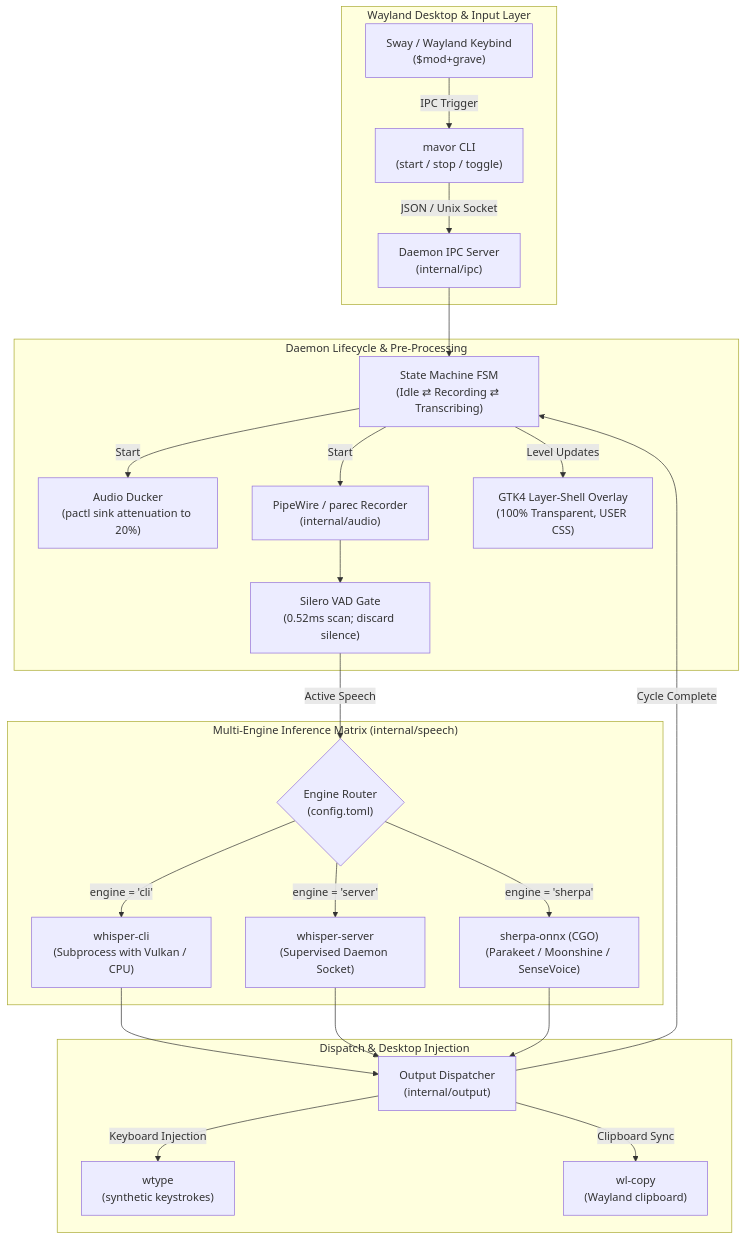
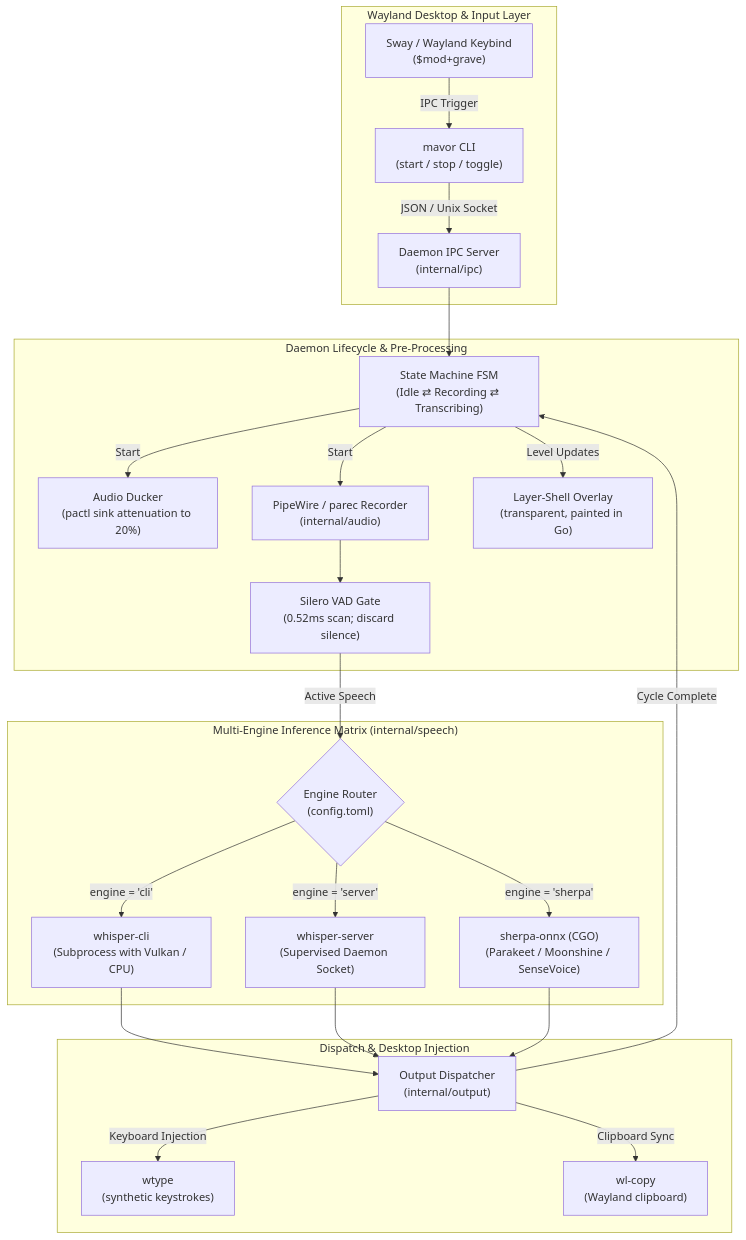
Before and after one commit to mschulkind-oss/mavor: the diagram in docs/design/local-engine-benchmarks-and-architecture.md, drawn with Mermaid. The commit also changed other lines of this file and 34 other files, not shown here.

````diff
--- a/docs/design/local-engine-benchmarks-and-architecture.md
+++ b/docs/design/local-engine-benchmarks-and-architecture.md
@@ -22,31 +22,31 @@
 ```mermaid
 flowchart TD
     subgraph Input ["Wayland Desktop & Input Layer"]
         KB["Sway / Wayland Keybind<br/>($mod+grave)"] -->|IPC Trigger| CLI["mavor CLI<br/>(start / stop / toggle)"]
         CLI -->|JSON / Unix Socket| Srv["Daemon IPC Server<br/>(internal/ipc)"]
     end
 
     subgraph Core ["Daemon Lifecycle & Pre-Processing"]
         Srv --> FSM["State Machine FSM<br/>(Idle ⇄ Recording ⇄ Transcribing)"]
         FSM -->|Start| Ducker["Audio Ducker<br/>(pactl sink attenuation to 20%)"]
         FSM -->|Start| Rec["PipeWire / parec Recorder<br/>(internal/audio)"]
         Rec --> VAD["Silero VAD Gate<br/>(0.52ms scan; discard silence)"]
-        FSM -->|Level Updates| HUD["GTK4 Layer-Shell Overlay<br/>(100% Transparent, USER CSS)"]
+        FSM -->|Level Updates| HUD["Layer-Shell Overlay<br/>(transparent, painted in Go)"]
     end
 
     subgraph Engines ["Multi-Engine Inference Matrix (internal/speech)"]
         VAD -->|Active Speech| Router{"Engine Router<br/>(config.toml)"}
         Router -->|engine = 'cli'| W_CLI["whisper-cli<br/>(Subprocess with Vulkan / CPU)"]
         Router -->|engine = 'server'| W_SRV["whisper-server<br/>(Supervised Daemon Socket)"]
         Router -->|engine = 'sherpa'| S_CGO["sherpa-onnx (CGO)<br/>(Parakeet / Moonshine / SenseVoice)"]
     end
 
     subgraph Output ["Dispatch & Desktop Injection"]
         W_CLI --> Out["Output Dispatcher<br/>(internal/output)"]
         W_SRV --> Out
         S_CGO --> Out
         Out -->|Keyboard Injection| WTYPE["wtype<br/>(synthetic keystrokes)"]
         Out -->|Clipboard Sync| WLCOPY["wl-copy<br/>(Wayland clipboard)"]
         Out -->|Cycle Complete| FSM
     end
 ```
````
